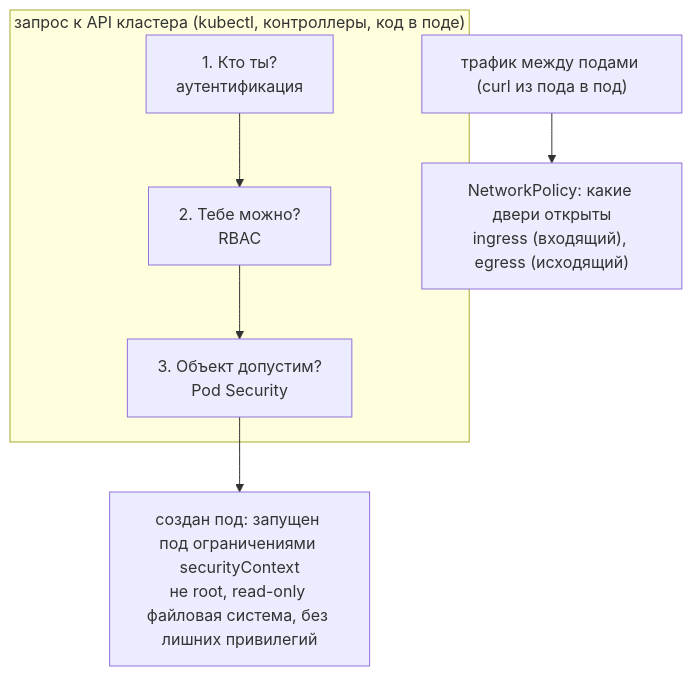
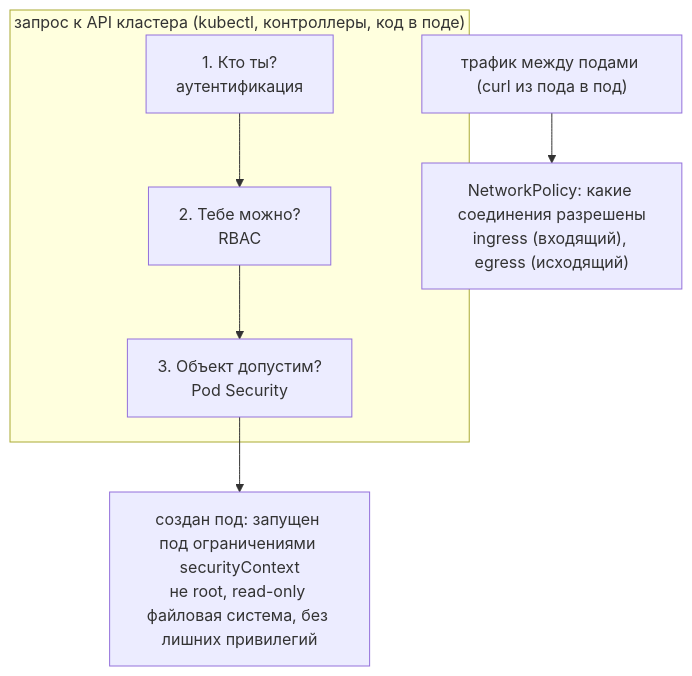
One commit to distinguished-sre/learning changed the second of 4 diagrams in devops/05-kubernetes/12-k8s-security.md. Above: the diagram before and after it, drawn with Mermaid. The commit also changed other lines of this file and 462 other files, not shown here.

````diff
--- a/devops/05-kubernetes/12-k8s-security.md
+++ b/devops/05-kubernetes/12-k8s-security.md
@@ -55,8 +67,8 @@
 ```mermaid
 flowchart TD
     subgraph API["запрос к API кластера (kubectl, контроллеры, код в поде)"]
         A1["1. Кто ты?<br>аутентификация"] --> A2["2. Тебе можно?<br>RBAC"] --> A3["3. Объект допустим?<br>Pod Security"]
     end
     A3 --> POD["создан под: запущен под ограничениями securityContext<br>не root, read-only файловая система, без лишних привилегий"]
-    NET["трафик между подами (curl из пода в под)"] --> NP["NetworkPolicy: какие двери открыты<br>ingress (входящий), egress (исходящий)"]
+    NET["трафик между подами (curl из пода в под)"] --> NP["NetworkPolicy: какие соединения разрешены<br>ingress (входящий), egress (исходящий)"]
 ```
````
